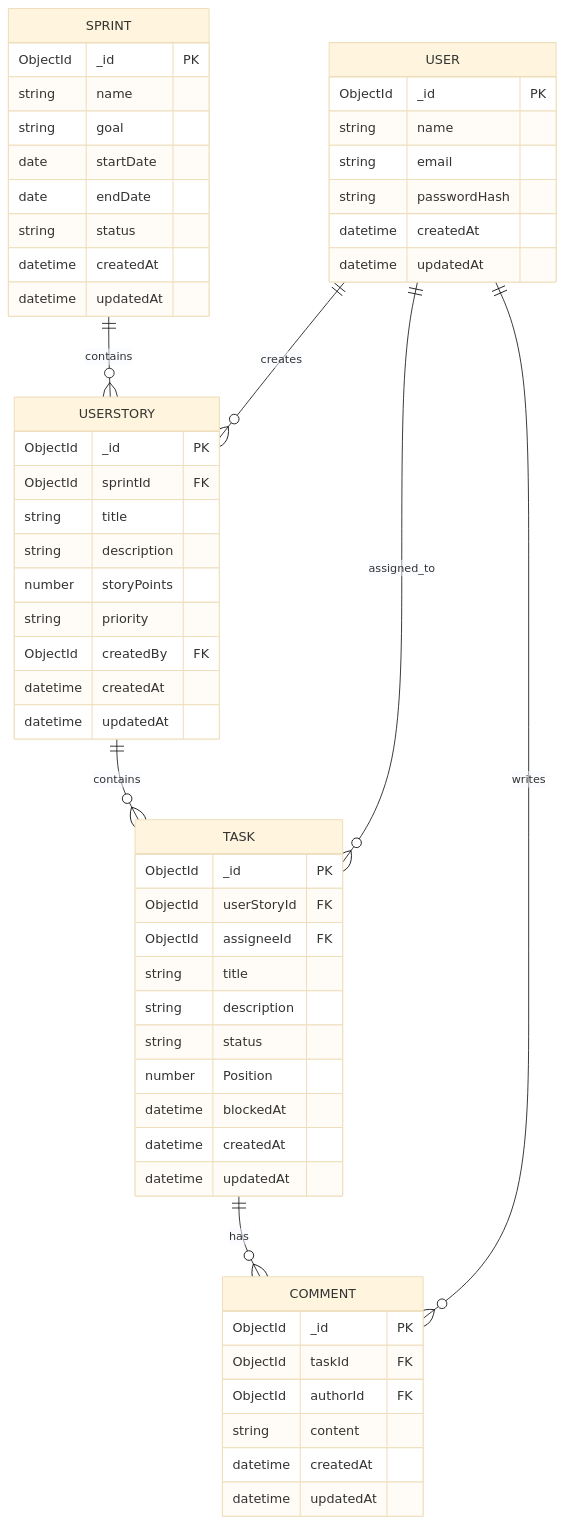
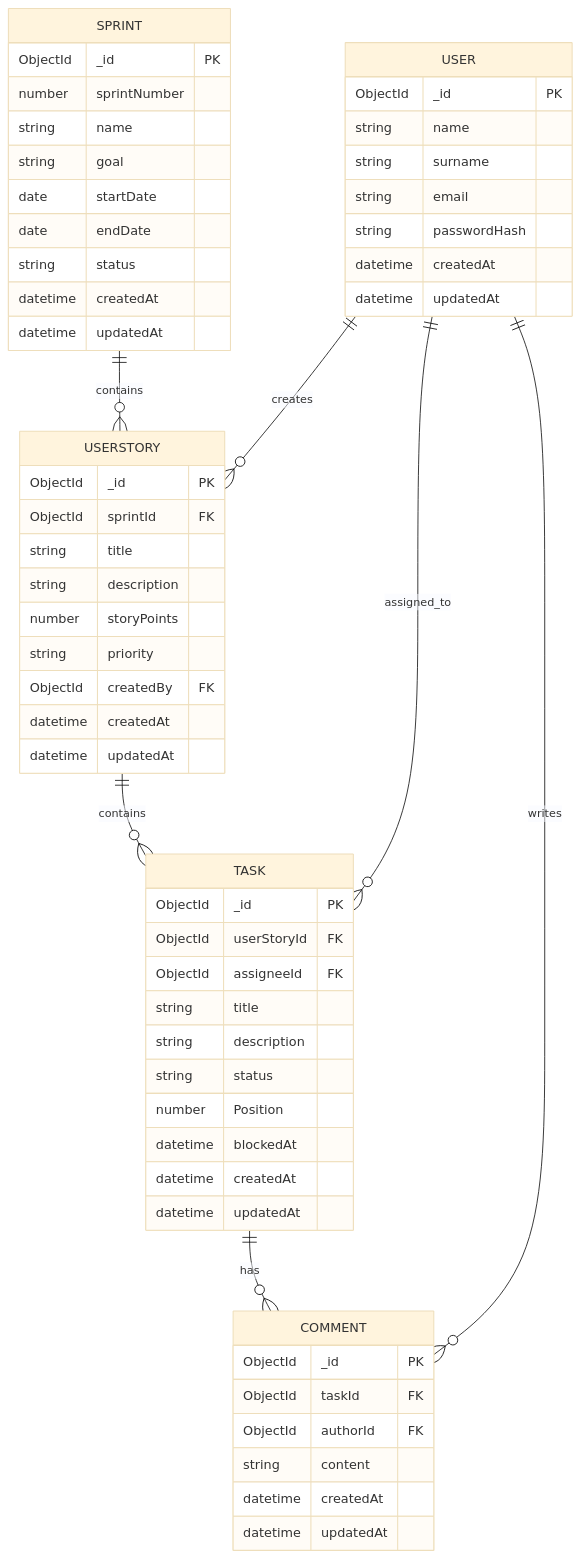
Before and after one commit to tiMtanic/scrumigo-react: the diagram in README.md, drawn with Mermaid (base theme).

Commit message:
Adjust ERD in README.md

````diff
--- a/README.md
+++ b/README.md
@@ -4,65 +4,67 @@
 ```mermaid
 erDiagram
     USER {
         ObjectId _id PK
         string name
+        string surname
         string email
         string passwordHash
         datetime createdAt
         datetime updatedAt
     }
 
     SPRINT {
         ObjectId _id PK
+        number sprintNumber
         string name
         string goal
         date startDate
         date endDate
         string status
         datetime createdAt
         datetime updatedAt
     }
 
     USERSTORY {
         ObjectId _id PK
         ObjectId sprintId FK
         string title
         string description
         number storyPoints
         string priority
         ObjectId createdBy FK
         datetime createdAt
         datetime updatedAt
     }
 
     TASK {
         ObjectId _id PK
         ObjectId userStoryId FK
         ObjectId assigneeId FK
         string title
         string description
         string status
         number Position
         datetime blockedAt
         datetime createdAt
         datetime updatedAt
     }
 
     COMMENT {
         ObjectId _id PK
         ObjectId taskId FK
         ObjectId authorId FK
         string content
         datetime createdAt
         datetime updatedAt
     }
 
     SPRINT ||--o{ USERSTORY : contains
     USER ||--o{ USERSTORY : creates
 
     USERSTORY ||--o{ TASK : contains
     USER ||--o{ TASK : assigned_to
 
     TASK ||--o{ COMMENT : has
     USER ||--o{ COMMENT : writes
 ```
````
